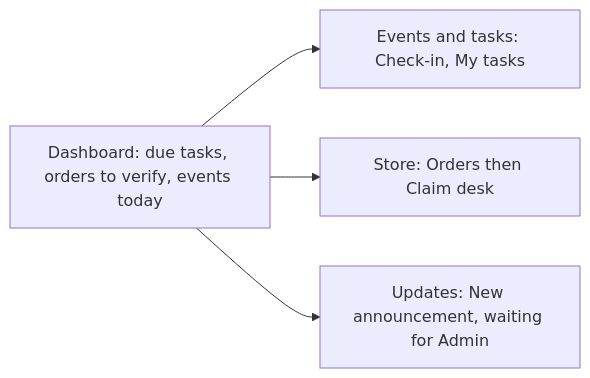
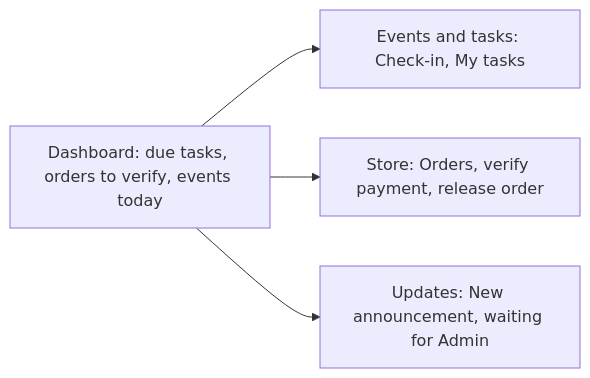
Before and after one commit to prodoc-zen/Hiusa-FULL: the sixth of 8 diagrams in docs/UX_FLOW.md, drawn with Mermaid. The commit also changed other lines of this file and 8 other files, not shown here.

Commit message:
docs: the QA case, UX flow and column guides now name the current review wording, officer release path and administrator button

````diff
--- a/docs/UX_FLOW.md
+++ b/docs/UX_FLOW.md
@@ -216,6 +216,6 @@
 ```mermaid
 flowchart LR
   OF1[Dashboard: due tasks, orders to verify, events today] --> OF2[Events and tasks: Check-in, My tasks]
-  OF1 --> OF3[Store: Orders then Claim desk]
+  OF1 --> OF3[Store: Orders, verify payment, release order]
   OF1 --> OF4[Updates: New announcement, waiting for Admin]
 ```
````
